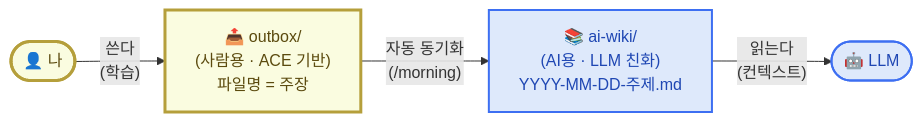
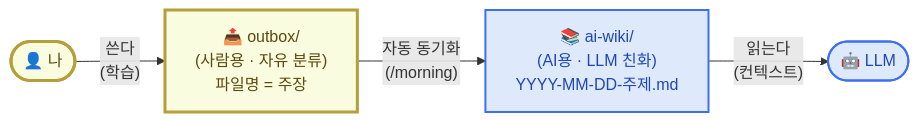
Before and after one commit to effectiveai-io/my-learning-agent: the first of 3 diagrams in content/week2/mechanism.mdx, drawn with Mermaid. The commit also changed other lines of this file and 2 other files, not shown here.

````diff
--- a/content/week2/mechanism.mdx
+++ b/content/week2/mechanism.mdx
@@ -24,20 +24,20 @@
 ```mermaid
 flowchart LR
     Me(["👤 나"])
-    Out["📤 outbox/<br/>(사람용 · ACE 기반)<br/>파일명 = 주장"]
+    Out["📤 outbox/<br/>(사람용 · 자유 분류)<br/>파일명 = 주장"]
     AI["📚 ai-wiki/<br/>(AI용 · LLM 친화)<br/>YYYY-MM-DD-주제.md"]
     LLM(["🤖 LLM"])
 
     Me -- "쓴다<br/>(학습)" --> Out
     Out -- "자동 동기화<br/>(/morning)" --> AI
     AI -- "읽는다<br/>(컨텍스트)" --> LLM
 
     classDef me fill:#fafce0,stroke:#b59f3b,stroke-width:3px,color:#5b4a0e
     classDef out fill:#fafce0,stroke:#b59f3b,stroke-width:3px,color:#5b4a0e
     classDef ai fill:#dee9fb,stroke:#3d6ff2,stroke-width:2px,color:#1f47b3
     classDef llm fill:#dee9fb,stroke:#3d6ff2,stroke-width:2px,color:#1f47b3
     class Me me
     class Out out
     class AI ai
     class LLM llm
 ```
````
